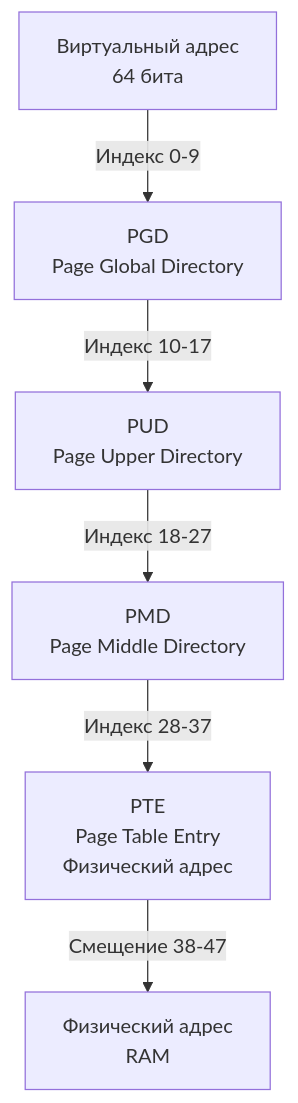
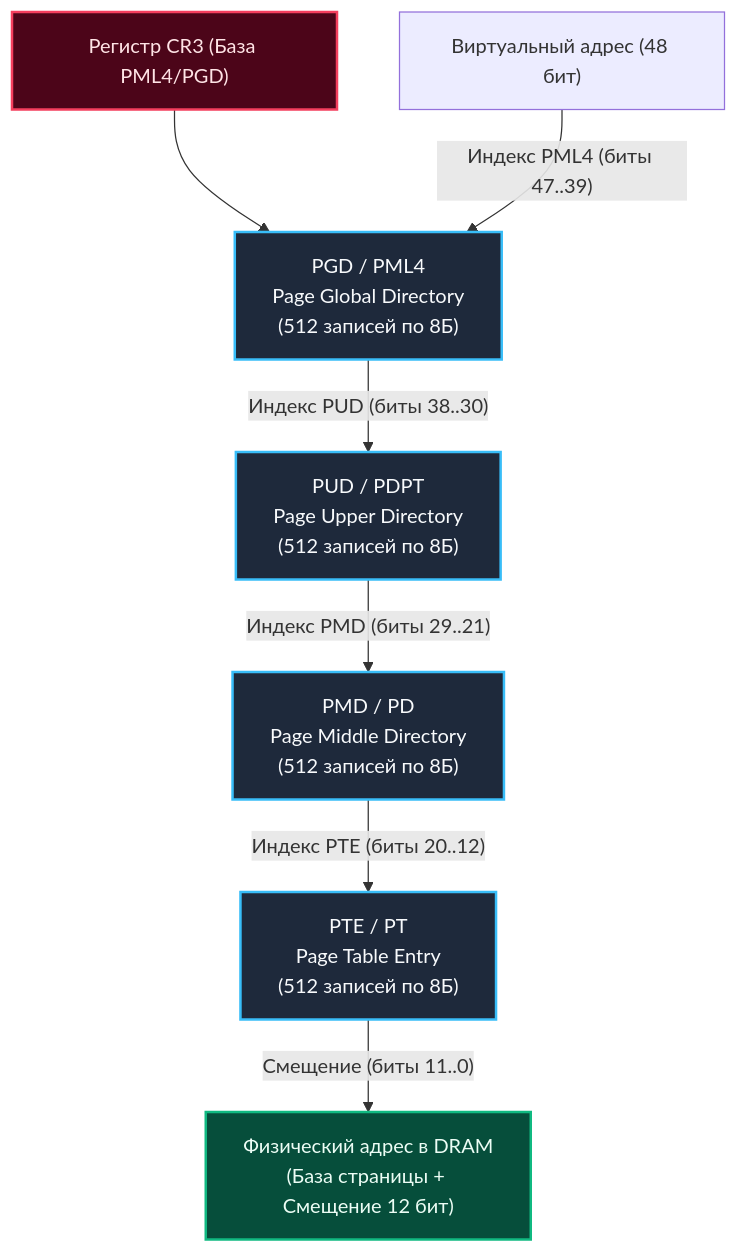
One commit to UnrealTemplier/go-textbook changed the diagram in sources/2. Устройство и работа ОС/13. Страницы памяти и Page Table.md. Above: the diagram before and after it, drawn with Mermaid. The commit also changed other lines of this file, not shown here.

Commit message:
feat(module-02): editorial rewrite of Lecture 13 (Paging, 4-Level Page Tables, Huge Pages, madvise) in Kernighan style

````diff
--- a/sources/2. Устройство и работа ОС/13. Страницы памяти и Page Table.md
+++ b/sources/2. Устройство и работа ОС/13. Страницы памяти и Page Table.md
@@ -15,15 +36,33 @@
 ```mermaid
 flowchart TD
-    VA["Виртуальный адрес\n64 бита"]
-    PGD["PGD\nPage Global Directory"]
-    PUD["PUD\nPage Upper Directory"]
-    PMD["PMD\nPage Middle Directory"]
-    PTE["PTE\nPage Table Entry\nФизический адрес"]
-    PA["Физический адрес\nRAM"]
+    VA["Виртуальный адрес (48 бит)"]
+    CR3["Регистр CR3 (База PML4/PGD)"]
+    PGD["PGD / PML4
+Page Global Directory
+(512 записей по 8Б)"]
+    PUD["PUD / PDPT
+Page Upper Directory
+(512 записей по 8Б)"]
+    PMD["PMD / PD
+Page Middle Directory
+(512 записей по 8Б)"]
+    PTE["PTE / PT
+Page Table Entry
+(512 записей по 8Б)"]
+    PA["Физический адрес в DRAM
+(База страницы + Смещение 12 бит)"]
 
-    VA -->|Индекс 0-9| PGD
-    PGD -->|Индекс 10-17| PUD
-    PUD -->|Индекс 18-27| PMD
-    PMD -->|Индекс 28-37| PTE
-    PTE -->|Смещение 38-47| PA
+    CR3 --> PGD
+    VA -->|"Индекс PML4 (биты 47..39)"| PGD
+    PGD -->|"Индекс PUD (биты 38..30)"| PUD
+    PUD -->|"Индекс PMD (биты 29..21)"| PMD
+    PMD -->|"Индекс PTE (биты 20..12)"| PTE
+    PTE -->|"Смещение (биты 11..0)"| PA
+
+    classDef reg fill:#4c0519,stroke:#f43f5e,stroke-width:2px,color:#ffe4e6;
+    classDef tbl fill:#1e293b,stroke:#38bdf8,stroke-width:2px,color:#f8fafc;
+    classDef ram fill:#064e3b,stroke:#10b981,stroke-width:2px,color:#ecfdf5;
+    class CR3 reg;
+    class PGD,PUD,PMD,PTE tbl;
+    class PA ram;
 ```
````
